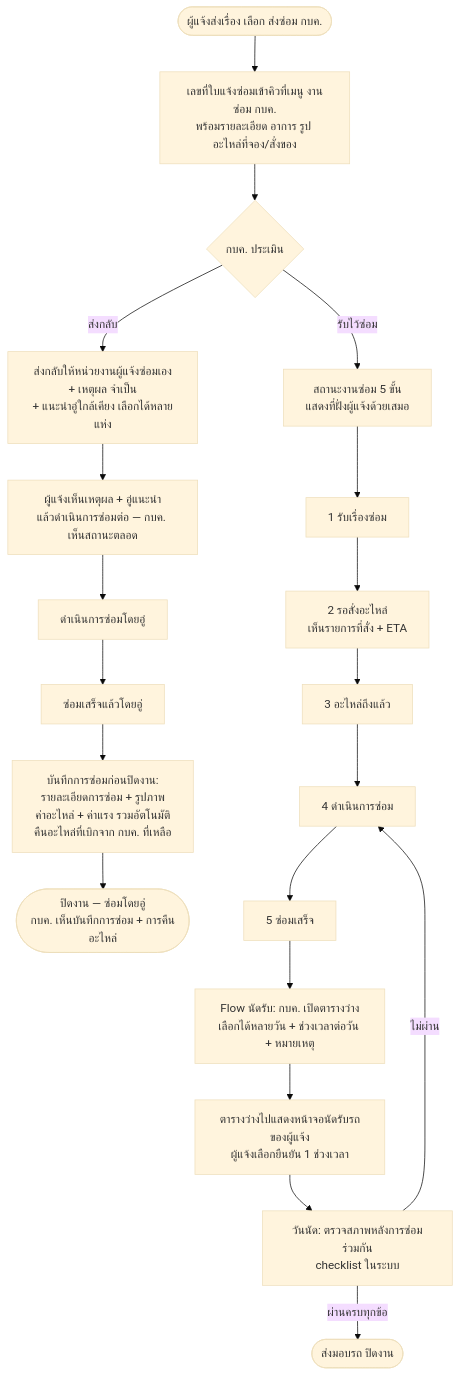
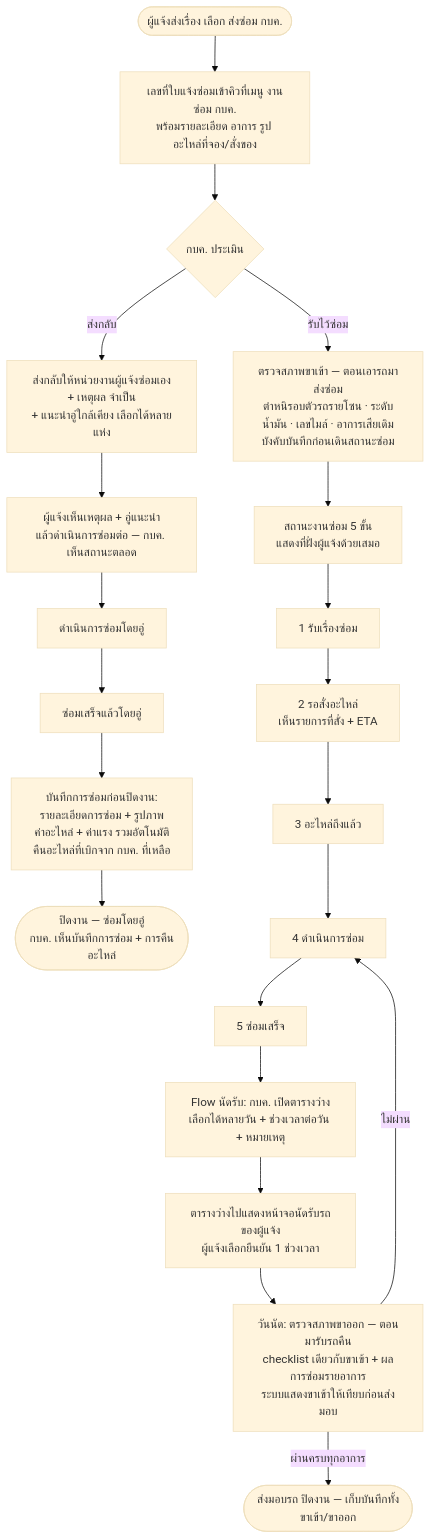
The diagram in 03-Flow-KBK-Pickup-Inspection.md (anugmail/Maintenance-Request-Form), drawn with Mermaid (base theme) before and after one commit. The commit also changed other lines of this file and 1 other file, not shown here.

Commit message:
v0.7: ตรวจสภาพ 2 รอบ สไตล์ใบรับรถเข้าศูนย์ (ขาเข้าตอนส่งซ่อม + ขาออกตอนรับรถ)
- checklist: ตำหนิรอบตัวรถ 8 โซน (ปกติ/มีตำหนิ+รายละเอียด) + ระดับน้ำมัน E–เต็ม + เลขไมล์
- ขาเข้า: ยืนยันอาการเสียเดิม + ตำหนิที่พบเพิ่ม — บังคับบันทึกก่อนเดินสถานะซ่อม
- ขาออก (วันนัดรับ): แสดงขาเข้าให้เทียบ + ผลการซ่อมรายอาการ — ครบทุกอาการจึงปิดงานได้
- บันทึกทั้งสองรอบเก็บติดเรื่อง เห็นทั้งฝั่ง กบค. และผู้แจ้ง

````diff
--- a/03-Flow-KBK-Pickup-Inspection.md
+++ b/03-Flow-KBK-Pickup-Inspection.md
@@ -8,17 +8,18 @@
 ```mermaid
 flowchart TD
     A([ผู้แจ้งส่งเรื่อง เลือก ส่งซ่อม กบค.]) --> B[เลขที่ใบแจ้งซ่อมเข้าคิวที่เมนู งานซ่อม กบค.<br/>พร้อมรายละเอียด อาการ รูป อะไหล่ที่จอง/สั่งของ]
     B --> C{กบค. ประเมิน}
     C -- ส่งกลับ --> D[ส่งกลับให้หน่วยงานผู้แจ้งซ่อมเอง<br/>+ เหตุผล จำเป็น<br/>+ แนะนำอู่ใกล้เคียง เลือกได้หลายแห่ง]
     D --> D2[ผู้แจ้งเห็นเหตุผล + อู่แนะนำ<br/>แล้วดำเนินการซ่อมต่อ — กบค. เห็นสถานะตลอด]
     D2 --> R1[ดำเนินการซ่อมโดยอู่] --> R2[ซ่อมเสร็จแล้วโดยอู่]
     R2 --> R3[บันทึกการซ่อมก่อนปิดงาน:<br/>รายละเอียดการซ่อม + รูปภาพ<br/>ค่าอะไหล่ + ค่าแรง รวมอัตโนมัติ<br/>คืนอะไหล่ที่เบิกจาก กบค. ที่เหลือ]
     R3 --> R4([ปิดงาน — ซ่อมโดยอู่<br/>กบค. เห็นบันทึกการซ่อม + การคืนอะไหล่])
-    C -- รับไว้ซ่อม --> E[สถานะงานซ่อม 5 ขั้น<br/>แสดงที่ฝั่งผู้แจ้งด้วยเสมอ]
+    C -- รับไว้ซ่อม --> E0[ตรวจสภาพขาเข้า — ตอนเอารถมาส่งซ่อม<br/>ตำหนิรอบตัวรถรายโซน · ระดับน้ำมัน · เลขไมล์ · อาการเสียเดิม<br/>บังคับบันทึกก่อนเดินสถานะซ่อม]
+    E0 --> E[สถานะงานซ่อม 5 ขั้น<br/>แสดงที่ฝั่งผู้แจ้งด้วยเสมอ]
     E --> E1[1 รับเรื่องซ่อม] --> E2[2 รอสั่งอะไหล่<br/>เห็นรายการที่สั่ง + ETA] --> E3[3 อะไหล่ถึงแล้ว] --> E4[4 ดำเนินการซ่อม] --> E5[5 ซ่อมเสร็จ]
     E5 --> F[Flow นัดรับ: กบค. เปิดตารางว่าง<br/>เลือกได้หลายวัน + ช่วงเวลาต่อวัน + หมายเหตุ]
     F --> F2[ตารางว่างไปแสดงหน้าจอนัดรับรถของผู้แจ้ง<br/>ผู้แจ้งเลือกยืนยัน 1 ช่วงเวลา]
-    F2 --> G[วันนัด: ตรวจสภาพหลังการซ่อมร่วมกัน<br/>checklist ในระบบ]
-    G -- ผ่านครบทุกข้อ --> H([ส่งมอบรถ ปิดงาน])
+    F2 --> G[วันนัด: ตรวจสภาพขาออก — ตอนมารับรถคืน<br/>checklist เดียวกับขาเข้า + ผลการซ่อมรายอาการ<br/>ระบบแสดงขาเข้าให้เทียบก่อนส่งมอบ]
+    G -- ผ่านครบทุกอาการ --> H([ส่งมอบรถ ปิดงาน — เก็บบันทึกทั้งขาเข้า/ขาออก])
     G -- ไม่ผ่าน --> E4
 ```
````
